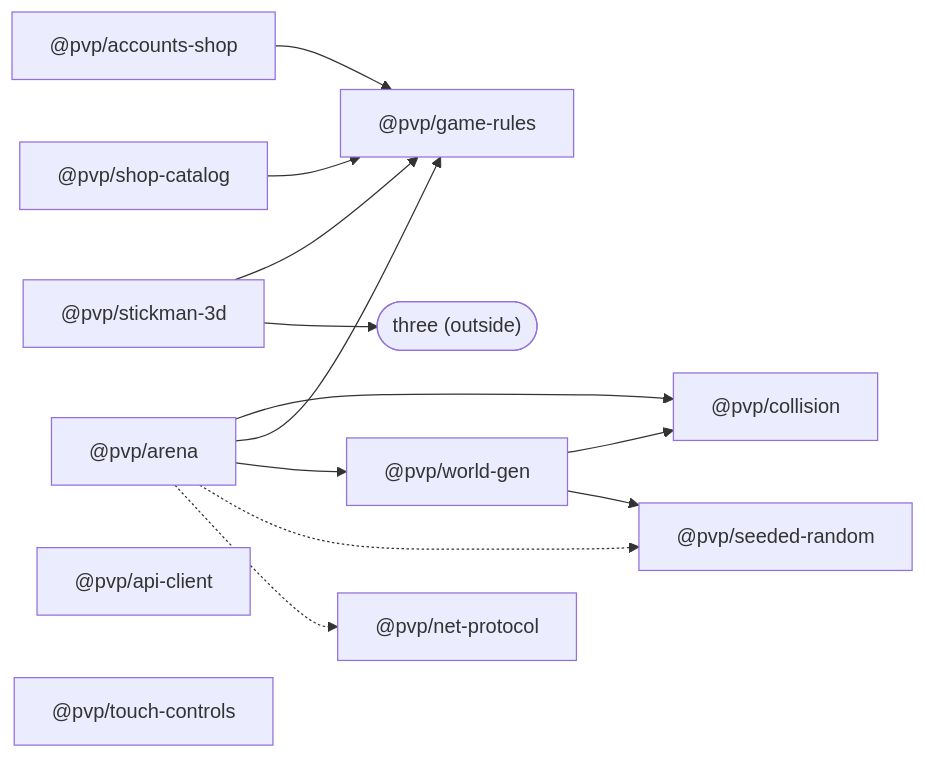
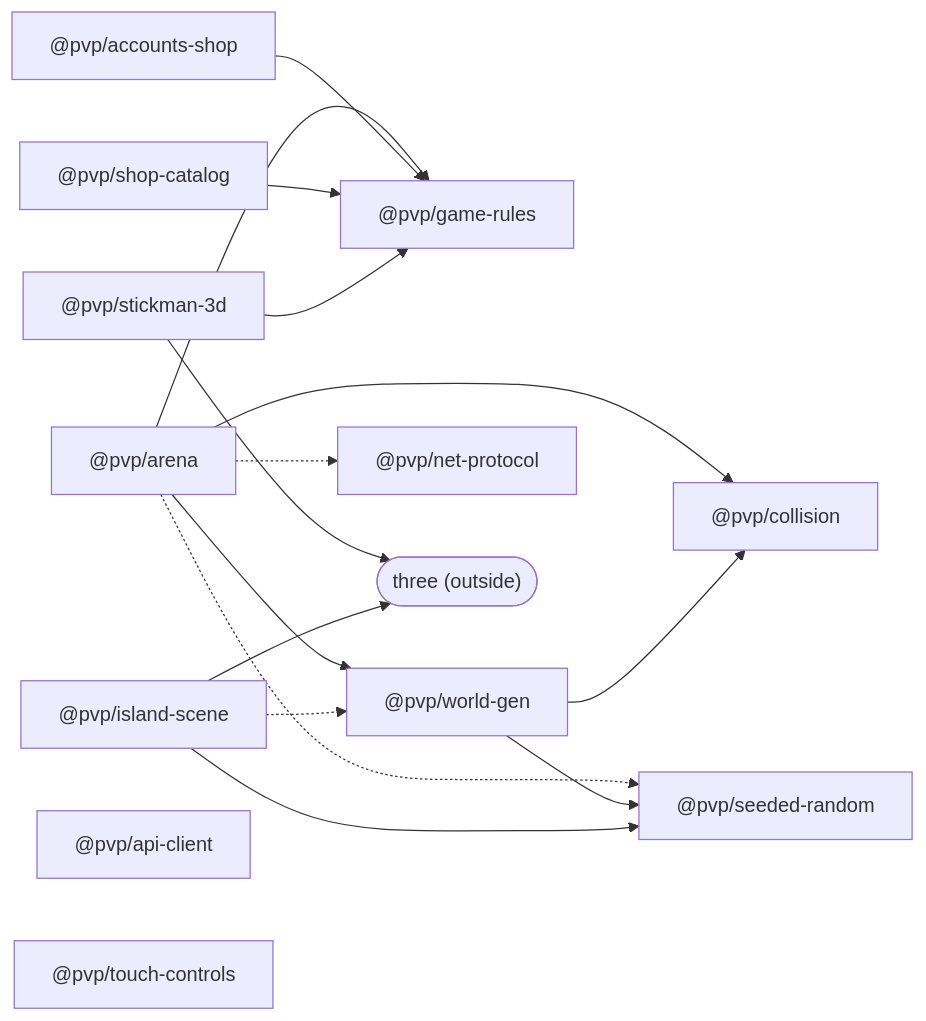
One commit to henriquemedeiros23-dev/pvp changed the diagram in CATALOG.md. Above: the diagram before and after it, drawn with Mermaid. The commit also changed other lines of this file and 16 other files, not shown here.

First line of the commit message:
New package @pvp/island-scene; fix black sky shape, dark ruins and chest lid (#17, #20)

````diff
--- a/CATALOG.md
+++ b/CATALOG.md
@@ -15,16 +15,19 @@
 ```mermaid
 graph LR
   arena["@pvp/arena"] --> collision["@pvp/collision"]
   arena --> rules["@pvp/game-rules"]
   arena --> worldgen["@pvp/world-gen"]
   arena -.-> random["@pvp/seeded-random"]
   arena -.-> protocol["@pvp/net-protocol"]
   worldgen --> collision
   worldgen --> random
   accounts["@pvp/accounts-shop"] --> rules
   shop["@pvp/shop-catalog"] --> rules
   stickman["@pvp/stickman-3d"] --> rules
   stickman --> three(["three (outside)"])
+  scene["@pvp/island-scene"] --> random
+  scene --> three
+  scene -.-> worldgen
   api["@pvp/api-client"]
   controls["@pvp/touch-controls"]
 ```
````
